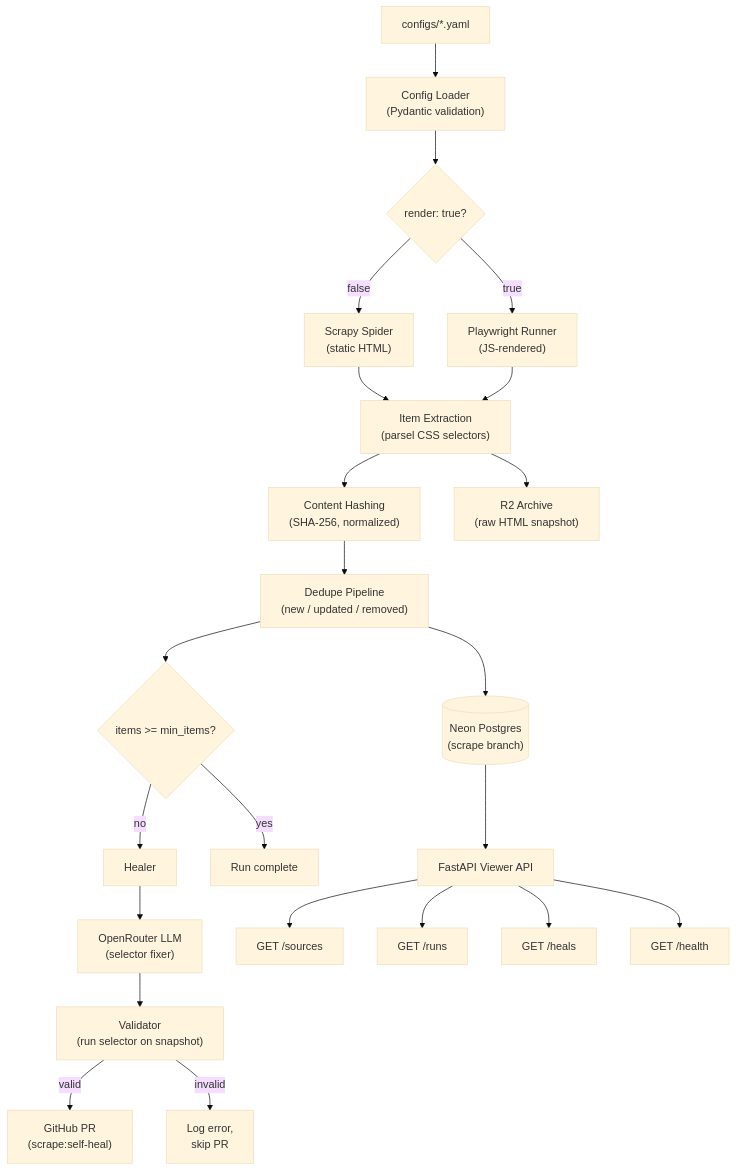
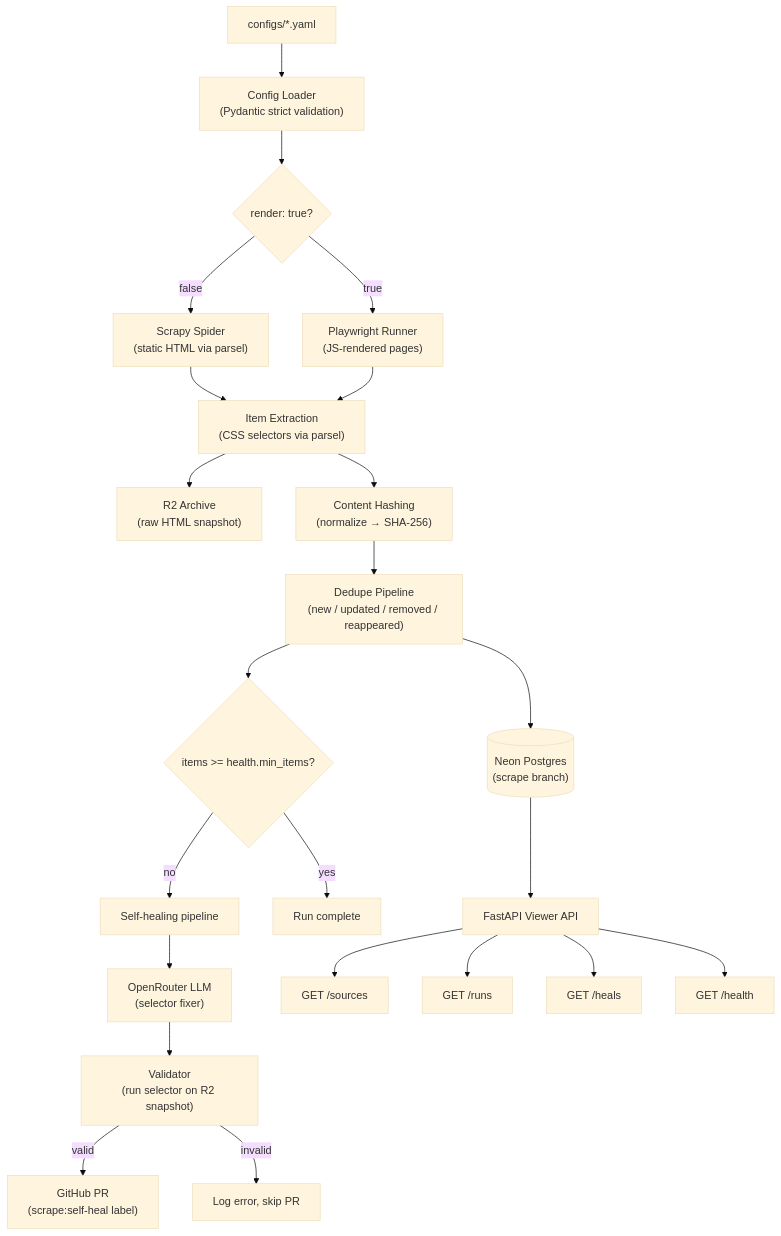
The first of 4 diagrams in docs/ARCHITECTURE.md (Abdul-Muizz1310/magpie-backend), drawn with Mermaid (base theme) before and after one commit. The commit also changed other lines of this file and 23 other files, not shown here.

````diff
--- a/docs/ARCHITECTURE.md
+++ b/docs/ARCHITECTURE.md
@@ -9,25 +9,25 @@
 ```mermaid
-graph TD
-  YAML["configs/*.yaml"] --> Loader["Config Loader<br/>(Pydantic validation)"]
-  Loader --> Factory{"render: true?"}
-  Factory -- "false" --> Scrapy["Scrapy Spider<br/>(static HTML)"]
-  Factory -- "true" --> PW["Playwright Runner<br/>(JS-rendered)"]
-  Scrapy --> Extract["Item Extraction<br/>(parsel CSS selectors)"]
-  PW --> Extract
-  Extract --> Hash["Content Hashing<br/>(SHA-256, normalized)"]
-  Hash --> Dedupe["Dedupe Pipeline<br/>(new / updated / removed)"]
-  Dedupe --> DB[("Neon Postgres<br/>(scrape branch)")]
-  Extract --> Archive["R2 Archive<br/>(raw HTML snapshot)"]
-  Dedupe --> Check{"items >= min_items?"}
-  Check -- "no" --> Healer["Healer"]
-  Check -- "yes" --> Done["Run complete"]
-  Healer --> LLM["OpenRouter LLM<br/>(selector fixer)"]
-  LLM --> Validate["Validator<br/>(run selector on snapshot)"]
-  Validate -- "valid" --> PR["GitHub PR<br/>(scrape:self-heal)"]
-  Validate -- "invalid" --> Log["Log error,<br/>skip PR"]
-  DB --> API["FastAPI Viewer API"]
-  API --> Sources["GET /sources"]
-  API --> Runs["GET /runs"]
-  API --> Heals["GET /heals"]
-  API --> Health["GET /health"]
+flowchart TD
+    YAML["configs/*.yaml"] --> Loader["Config Loader<br/>(Pydantic strict validation)"]
+    Loader --> Factory{"render: true?"}
+    Factory -- "false" --> Scrapy["Scrapy Spider<br/>(static HTML via parsel)"]
+    Factory -- "true" --> PW["Playwright Runner<br/>(JS-rendered pages)"]
+    Scrapy --> Extract["Item Extraction<br/>(CSS selectors via parsel)"]
+    PW --> Extract
+    Extract --> Archive["R2 Archive<br/>(raw HTML snapshot)"]
+    Extract --> Hash["Content Hashing<br/>(normalize → SHA-256)"]
+    Hash --> Dedupe["Dedupe Pipeline<br/>(new / updated / removed / reappeared)"]
+    Dedupe --> DB[("Neon Postgres<br/>(scrape branch)")]
+    Dedupe --> Check{"items >= health.min_items?"}
+    Check -- "no" --> Healer["Self-healing pipeline"]
+    Check -- "yes" --> Done["Run complete"]
+    Healer --> LLM["OpenRouter LLM<br/>(selector fixer)"]
+    LLM --> Validate["Validator<br/>(run selector on R2 snapshot)"]
+    Validate -- "valid" --> PR["GitHub PR<br/>(scrape:self-heal label)"]
+    Validate -- "invalid" --> Log["Log error, skip PR"]
+    DB --> API["FastAPI Viewer API"]
+    API --> Sources["GET /sources"]
+    API --> Runs["GET /runs"]
+    API --> Heals["GET /heals"]
+    API --> Health["GET /health"]
 ```
````
